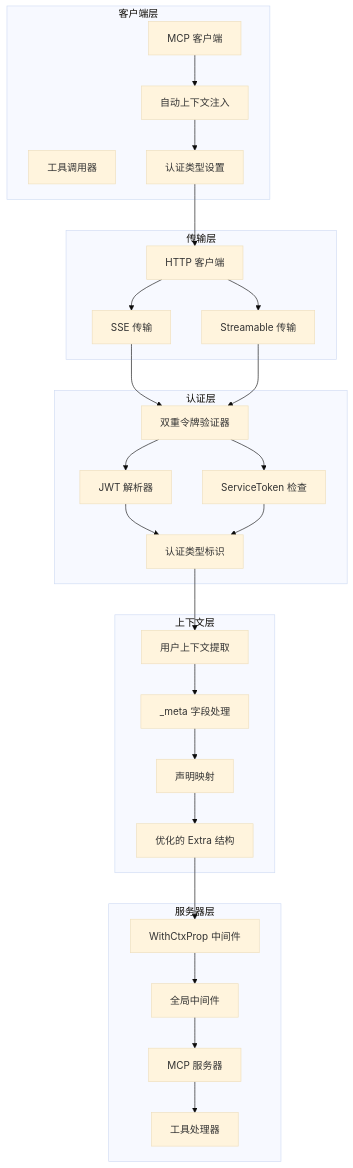
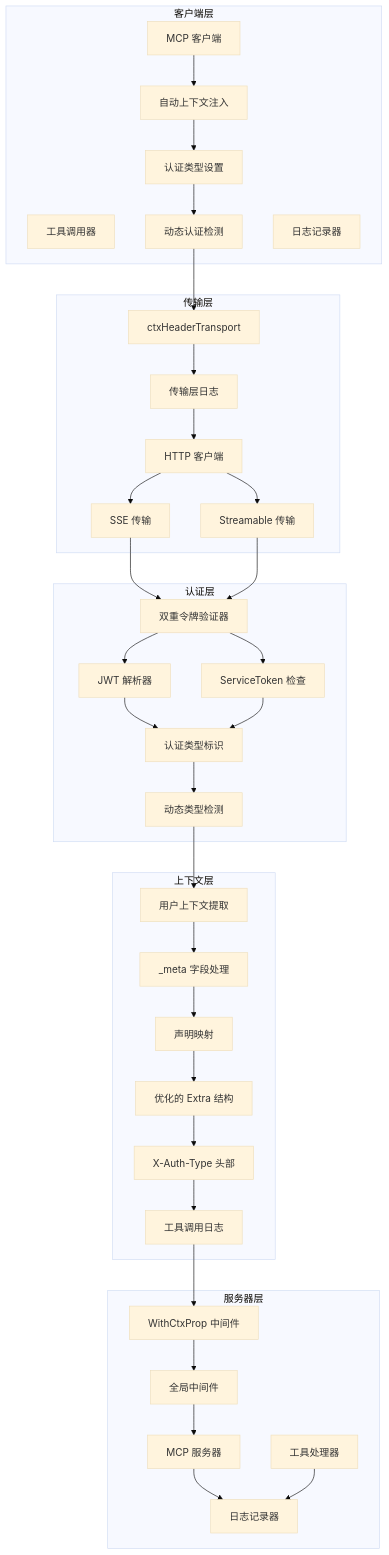
Before and after one commit to maomao94/zero-service: the fifth of 9 diagrams in .qoder/repowiki/zh/content/Mcpx Authentication System.md, drawn with Mermaid (base theme). The commit also changed other lines of this file and 25 other files, not shown here.

````diff
--- a/.qoder/repowiki/zh/content/Mcpx Authentication System.md
+++ b/.qoder/repowiki/zh/content/Mcpx Authentication System.md
@@ -188,51 +264,66 @@
 ```mermaid
 graph TB
 subgraph "客户端层"
 A[MCP 客户端]
 B[工具调用器]
 C[自动上下文注入]
 D[认证类型设置]
+E[动态认证检测]
+F[日志记录器]
 end
 subgraph "传输层"
-E[HTTP 客户端]
-F[SSE 传输]
-G[Streamable 传输]
+G[HTTP 客户端]
+H[SSE 传输]
+I[Streamable 传输]
+J[ctxHeaderTransport]
+K[传输层日志]
 end
 subgraph "认证层"
-H[双重令牌验证器]
-I[JWT 解析器]
-J[ServiceToken 检查]
-K[认证类型标识]
+L[双重令牌验证器]
+M[JWT 解析器]
+N[ServiceToken 检查]
+O[认证类型标识]
+P[动态类型检测]
 end
 subgraph "上下文层"
-L[用户上下文提取]
-M[_meta 字段处理]
-N[声明映射]
-O[优化的 Extra 结构]
+Q[用户上下文提取]
+R[_meta 字段处理]
+S[声明映射]
+T[优化的 Extra 结构]
+U[X-Auth-Type 头部]
+V[工具调用日志]
 end
 subgraph "服务器层"
-P[MCP 服务器]
-Q[工具处理器]
-R[WithCtxProp 中间件]
-S[全局中间件]
+W[MCP 服务器]
+X[工具处理器]
+Y[WithCtxProp 中间件]
+Z[全局中间件]
+AA[日志记录器]
 end
 A --> C
 C --> D
 D --> E
-E --> F
-E --> G
-F --> H
+E --> J
+J --> K
+K --> G
 G --> H
-H --> I
-H --> J
-I --> K
-J --> K
-K --> L
+G --> I
+H --> L
+I --> L
 L --> M
-M --> N
+L --> N
+M --> O
 N --> O
-O --> R
+O --> P
+P --> Q
+Q --> R
 R --> S
-S --> P
-P --> Q
+S --> T
+T --> U
+U --> V
+V --> Y
+Y --> Z
+Z --> W
+W --> AA
+X --> AA
 ```
````
